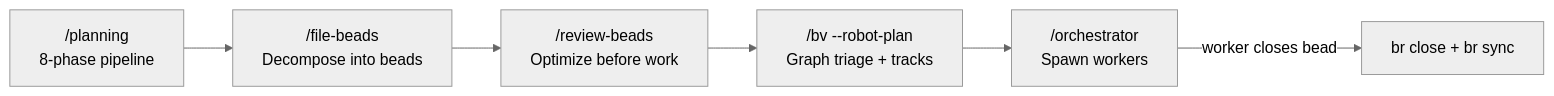
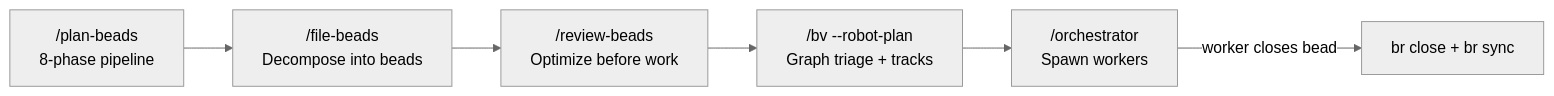
One commit to trungtnm/claude-code-utils changed the second of 2 diagrams in README.md. Above: the diagram before and after it, drawn with Mermaid (neutral theme). The commit also changed other lines of this file and 7 other files, not shown here.

First line of the commit message:
refactor: rename planning skill to plan-beads

````diff
--- a/README.md
+++ b/README.md
@@ -247,8 +247,8 @@
 ```mermaid
 graph LR
-    A["/planning<br/>8-phase pipeline"] --> B["/file-beads<br/>Decompose into beads"]
+    A["/plan-beads<br/>8-phase pipeline"] --> B["/file-beads<br/>Decompose into beads"]
     B --> C["/review-beads<br/>Optimize before work"]
     C --> D["/bv --robot-plan<br/>Graph triage + tracks"]
     D --> E["/orchestrator<br/>Spawn workers"]
     E -->|"worker closes bead"| F["br close + br sync"]
 ```
````
